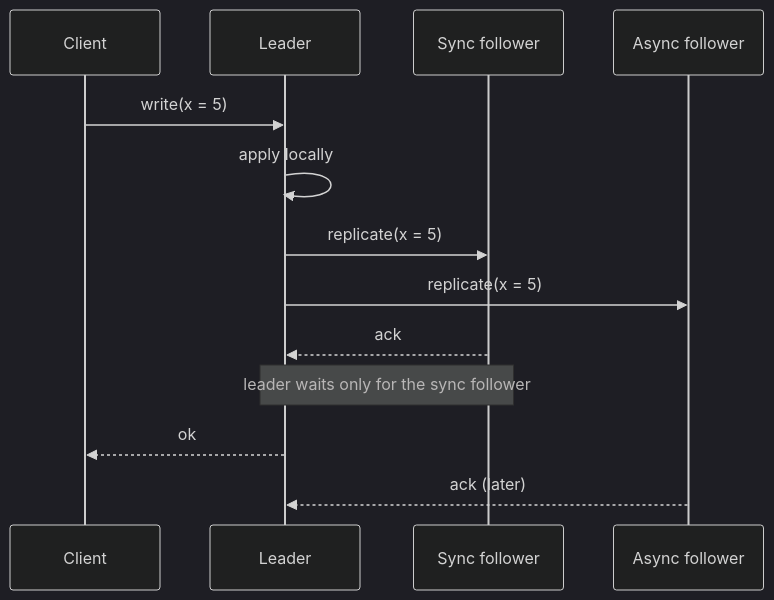
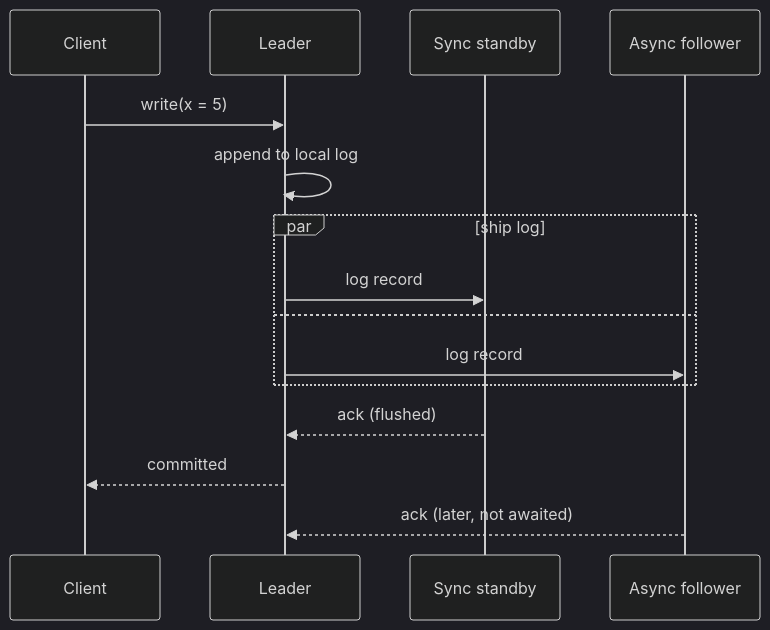
One commit to AndrewAltimit/Documentation changed the second of 9 diagrams in github-pages/docs/distributed-systems/replication-strategies.md. Above: the diagram before and after it, drawn with Mermaid (dark theme). The commit also changed other lines of this file and 240 other files, not shown here.

````diff
--- a/github-pages/docs/distributed-systems/replication-strategies.md
+++ b/github-pages/docs/distributed-systems/replication-strategies.md
@@ -76,15 +86,17 @@
 ```mermaid
 sequenceDiagram
     participant C as Client
     participant L as Leader
-    participant Fs as Sync follower
-    participant Fa as Async follower
+    participant S as Sync standby
+    participant A as Async follower
     C->>L: write(x = 5)
-    L->>L: apply locally
-    L->>Fs: replicate(x = 5)
-    L->>Fa: replicate(x = 5)
-    Fs-->>L: ack
-    Note over L,Fs: leader waits only for the sync follower
-    L-->>C: ok
-    Fa-->>L: ack (later)
+    L->>L: append to local log
+    par ship log
+        L->>S: log record
+    and
+        L->>A: log record
+    end
+    S-->>L: ack (flushed)
+    L-->>C: committed
+    A-->>L: ack (later, not awaited)
 ```
````
